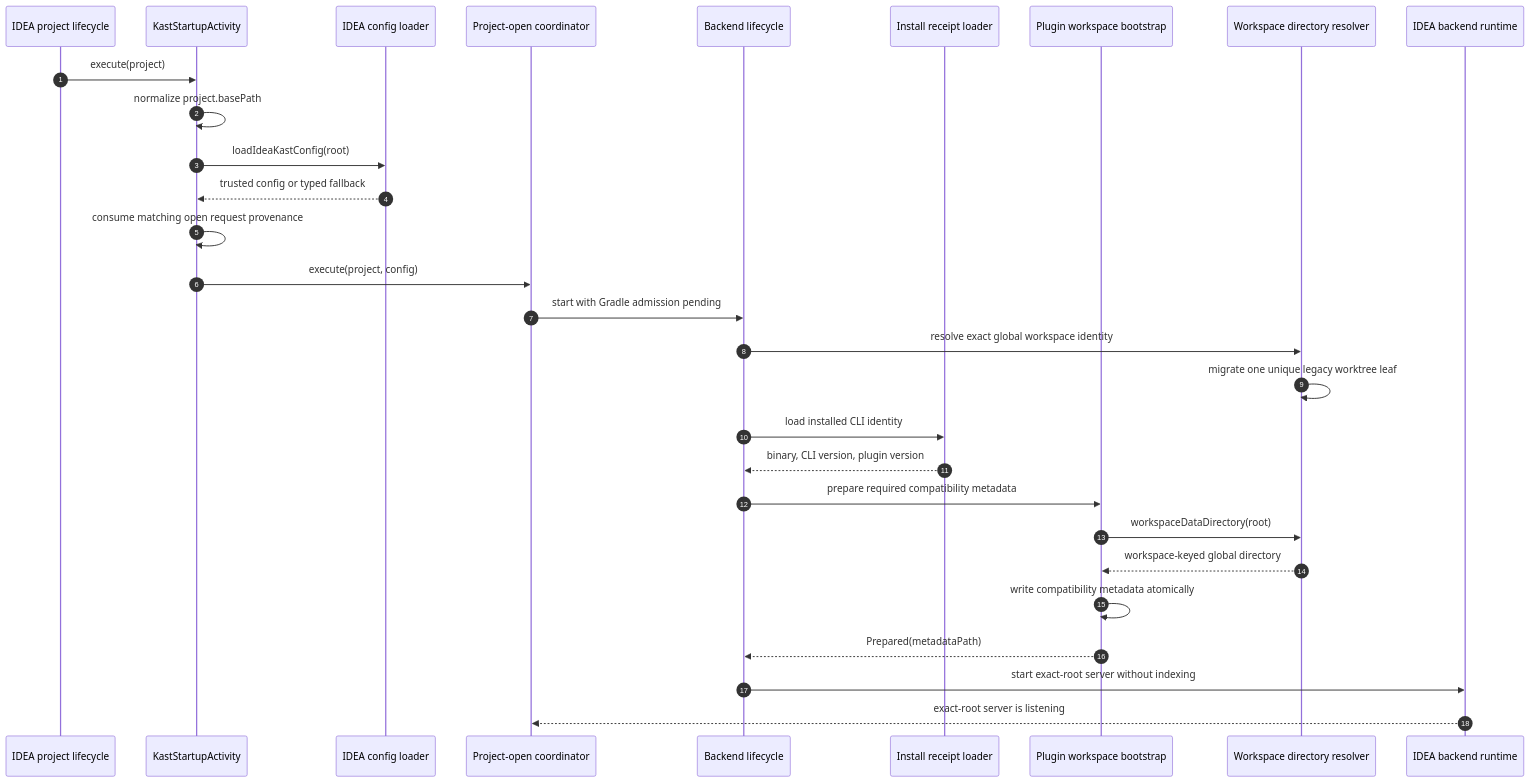
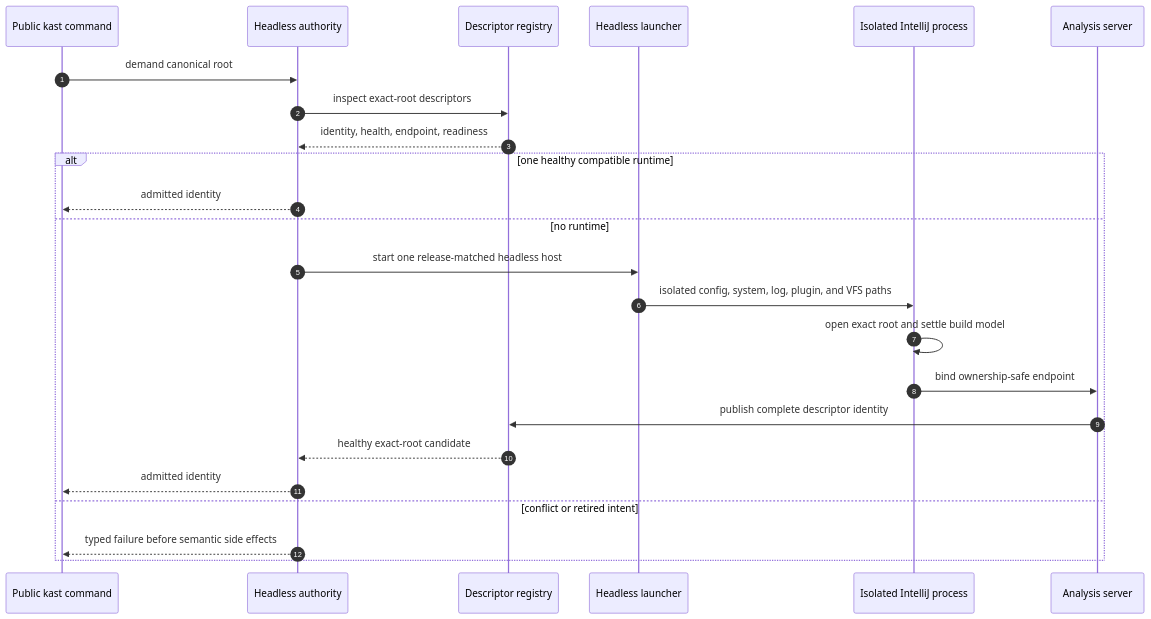
The diagram in docs/internal/idea-integration/flows/load-and-bootstrap.md (amichne/kast), drawn with Mermaid before and after one commit. The commit also changed other lines of this file and 352 other files, not shown here.

First line of the commit message:
feat: make headless runtime the sole semantic authority

````diff
--- a/docs/internal/idea-integration/flows/load-and-bootstrap.md
+++ b/docs/internal/idea-integration/flows/load-and-bootstrap.md
@@ -29,32 +23,27 @@
 ```mermaid
 sequenceDiagram
     autonumber
-    participant IDEA as IDEA project lifecycle
-    participant Startup as KastStartupActivity
-    participant Config as IDEA config loader
-    participant Auto as Project-open coordinator
-    participant Lifecycle as Backend lifecycle
-    participant Receipt as Install receipt loader
-    participant Bootstrap as Plugin workspace bootstrap
-    participant Resolver as Workspace directory resolver
-    participant Runtime as IDEA backend runtime
+    participant Agent as Public kast command
+    participant Authority as Headless authority
+    participant Registry as Descriptor registry
+    participant Launcher as Headless launcher
+    participant Host as Isolated IntelliJ process
+    participant Server as Analysis server
 
-    IDEA->>Startup: execute(project)
-    Startup->>Startup: normalize project.basePath
-    Startup->>Config: loadIdeaKastConfig(root)
-    Config-->>Startup: trusted config or typed fallback
-    Startup->>Startup: consume matching open request provenance
-    Startup->>Auto: execute(project, config)
-    Auto->>Lifecycle: start with Gradle admission pending
-    Lifecycle->>Resolver: resolve exact global workspace identity
-    Resolver->>Resolver: migrate one unique legacy worktree leaf
-    Lifecycle->>Receipt: load installed CLI identity
-    Receipt-->>Lifecycle: binary, CLI version, plugin version
-    Lifecycle->>Bootstrap: prepare required compatibility metadata
-    Bootstrap->>Resolver: workspaceDataDirectory(root)
-    Resolver-->>Bootstrap: workspace-keyed global directory
-    Bootstrap->>Bootstrap: write compatibility metadata atomically
-    Bootstrap-->>Lifecycle: Prepared(metadataPath)
-    Lifecycle->>Runtime: start exact-root server without indexing
-    Runtime-->>Auto: exact-root server is listening
+    Agent->>Authority: demand canonical root
+    Authority->>Registry: inspect exact-root descriptors
+    Registry-->>Authority: identity, health, endpoint, readiness
+    alt one healthy compatible runtime
+        Authority-->>Agent: admitted identity
+    else no runtime
+        Authority->>Launcher: start one release-matched headless host
+        Launcher->>Host: isolated config, system, log, plugin, and VFS paths
+        Host->>Host: open exact root and settle build model
+        Host->>Server: bind ownership-safe endpoint
+        Server->>Registry: publish complete descriptor identity
+        Registry-->>Authority: healthy exact-root candidate
+        Authority-->>Agent: admitted identity
+    else conflict or retired intent
+        Authority-->>Agent: typed failure before semantic side effects
+    end
 ```
````
